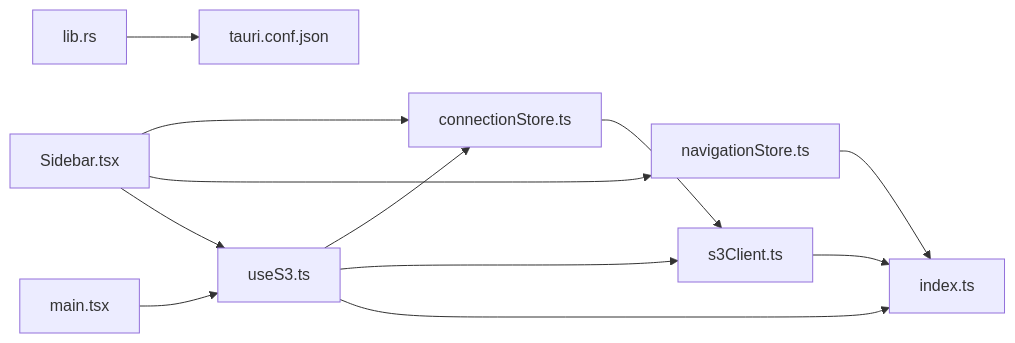
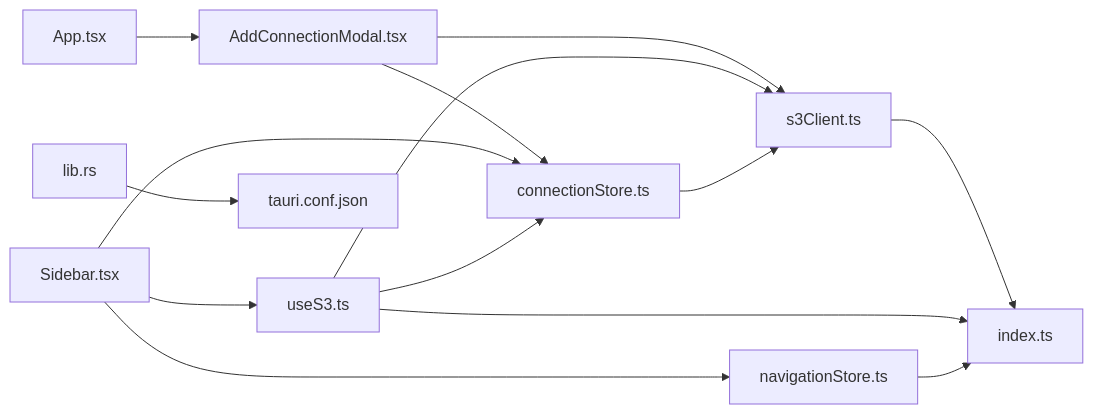
Before and after one commit to nasrulhadi/s3-explorer: the seventh of 7 diagrams in .qoder/repowiki/en/content/Core Features/Connection Management.md, drawn with Mermaid. The commit also changed other lines of this file and 44 other files, not shown here.

First line of the commit message:
feat(ui): introduce comprehensive UI component system with TransferPanel and AddConnectionModal

````diff
--- a/.qoder/repowiki/en/content/Core Features/Connection Management.md
+++ b/.qoder/repowiki/en/content/Core Features/Connection Management.md
@@ -271,14 +356,16 @@
 ```mermaid
 graph LR
-Sidebar["Sidebar.tsx"] --> ConnStore["connectionStore.ts"]
+App["App.tsx"] --> AddModal["AddConnectionModal.tsx"]
+AddModal --> ConnStore["connectionStore.ts"]
+AddModal --> S3Client["s3Client.ts"]
+Sidebar["Sidebar.tsx"] --> ConnStore
 Sidebar --> NavStore["navigationStore.ts"]
 Sidebar --> UseS3["useS3.ts"]
 UseS3 --> ConnStore
-UseS3 --> S3Client["s3Client.ts"]
+UseS3 --> S3Client
 ConnStore --> S3Client
 S3Client --> Types["index.ts"]
 UseS3 --> Types
 NavStore --> Types
-Main["main.tsx"] --> UseS3
 TauriLib["lib.rs"] --> TauriConf["tauri.conf.json"]
 ```
````
